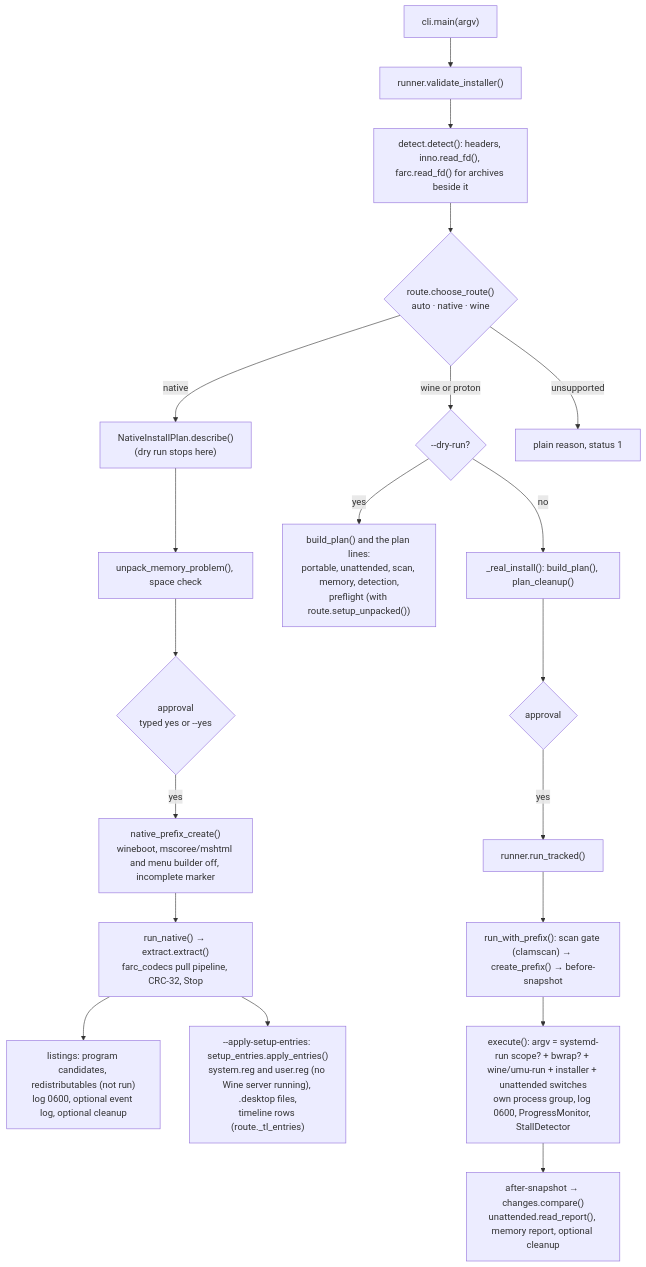
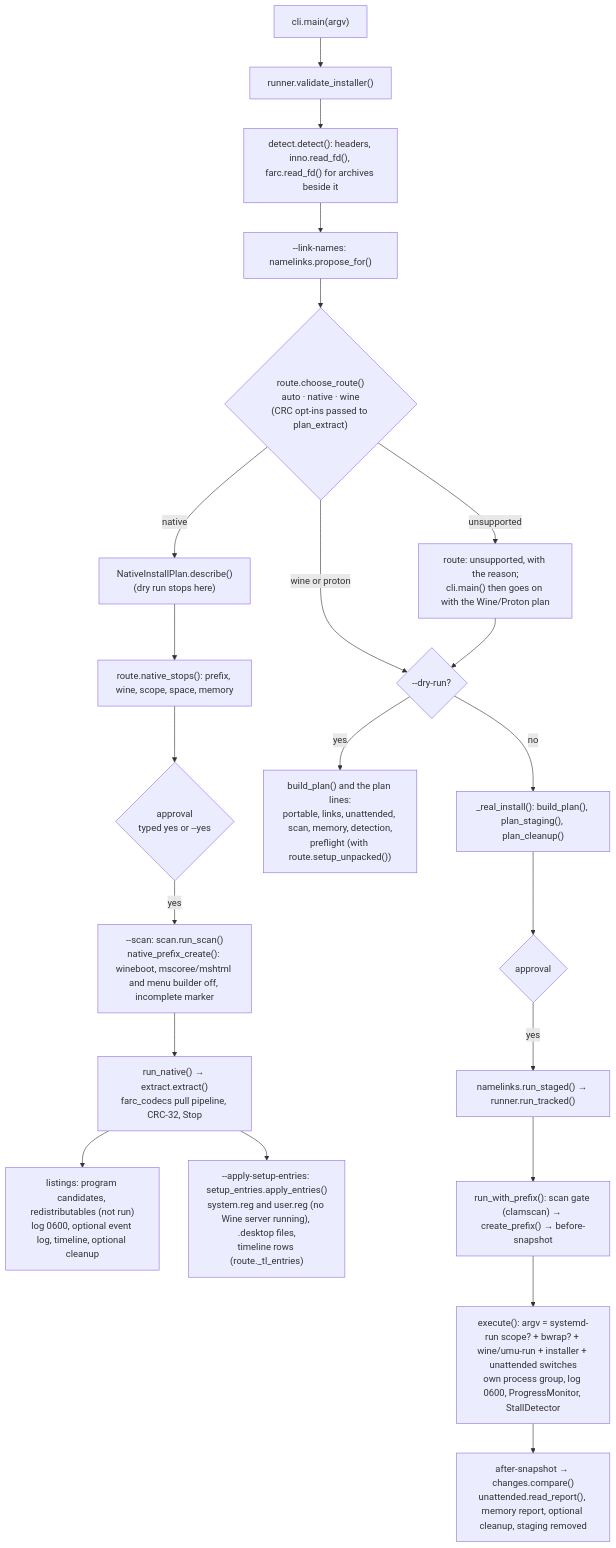
One commit to undecuple/gitfurl changed the third of 6 diagrams in docs/code-map.md. Above: the diagram before and after it, drawn with Mermaid. The commit also changed other lines of this file and 5 other files, not shown here.

````diff
--- a/docs/code-map.md
+++ b/docs/code-map.md
@@ -113,22 +126,23 @@
 ```mermaid
 flowchart TD
   A["cli.main(argv)"] --> B["runner.validate_installer()"]
   B --> C["detect.detect(): headers, inno.read_fd(), farc.read_fd() for archives beside it"]
-  C --> D{"route.choose_route()<br/>auto · native · wine"}
+  C --> L["--link-names: namelinks.propose_for()"]
+  L --> D{"route.choose_route()<br/>auto · native · wine<br/>(CRC opt-ins passed to plan_extract)"}
   D -->|native| N1["NativeInstallPlan.describe()<br/>(dry run stops here)"]
-  N1 --> N2["unpack_memory_problem(), space check"]
+  N1 --> N2["route.native_stops(): prefix, wine, scope, space, memory"]
   N2 --> N3{"approval<br/>typed yes or --yes"}
-  N3 -->|yes| N4["native_prefix_create()<br/>wineboot, mscoree/mshtml and menu builder off, incomplete marker"]
+  N3 -->|yes| N4["--scan: scan.run_scan()<br/>native_prefix_create(): wineboot, mscoree/mshtml and menu builder off, incomplete marker"]
   N4 --> N5["run_native() → extract.extract()<br/>farc_codecs pull pipeline, CRC-32, Stop"]
-  N5 --> N6["listings: program candidates, redistributables (not run)<br/>log 0600, optional event log, optional cleanup"]
+  N5 --> N6["listings: program candidates, redistributables (not run)<br/>log 0600, optional event log, timeline, optional cleanup"]
   N5 --> N7["--apply-setup-entries: setup_entries.apply_entries()<br/>system.reg and user.reg (no Wine server running), .desktop files,<br/>timeline rows (route._tl_entries)"]
   D -->|wine or proton| W0{"--dry-run?"}
-  W0 -->|yes| W1["build_plan() and the plan lines:<br/>portable, unattended, scan, memory, detection,<br/>preflight (with route.setup_unpacked())"]
-  W0 -->|no| W2["_real_install(): build_plan(), plan_cleanup()"]
+  W0 -->|yes| W1["build_plan() and the plan lines:<br/>portable, links, unattended, scan, memory, detection,<br/>preflight (with route.setup_unpacked())"]
+  W0 -->|no| W2["_real_install(): build_plan(), plan_staging(), plan_cleanup()"]
   W2 --> W3{"approval"}
-  W3 -->|yes| W4["runner.run_tracked()"]
+  W3 -->|yes| W4["namelinks.run_staged() → runner.run_tracked()"]
   W4 --> W5["run_with_prefix(): scan gate (clamscan) → create_prefix() → before-snapshot"]
   W5 --> W6["execute(): argv = systemd-run scope? + bwrap? + wine/umu-run + installer + unattended switches<br/>own process group, log 0600, ProgressMonitor, StallDetector"]
-  W6 --> W7["after-snapshot → changes.compare()<br/>unattended.read_report(), memory report, optional cleanup"]
-  D -->|unsupported| X["plain reason, status 1"]
+  W6 --> W7["after-snapshot → changes.compare()<br/>unattended.read_report(), memory report, optional cleanup, staging removed"]
+  D -->|unsupported| X["route: unsupported, with the reason;<br/>cli.main() then goes on with the Wine/Proton plan"] --> W0
 ```
````
